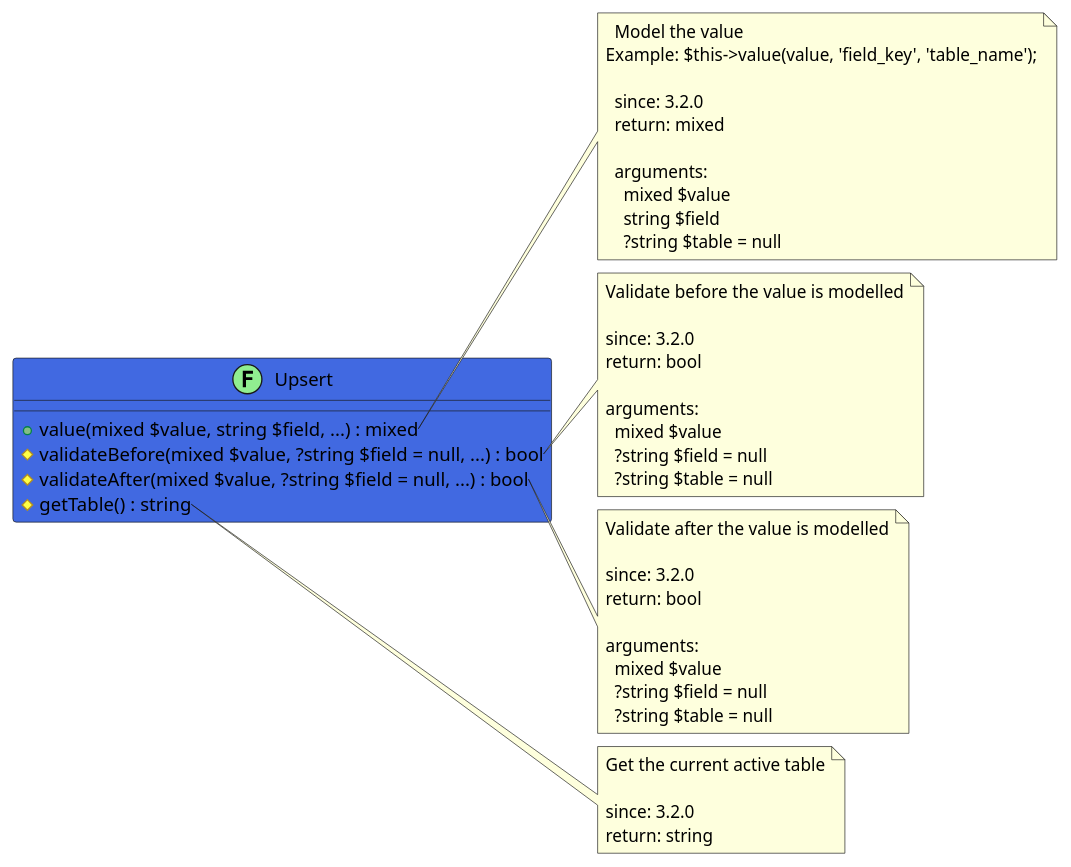
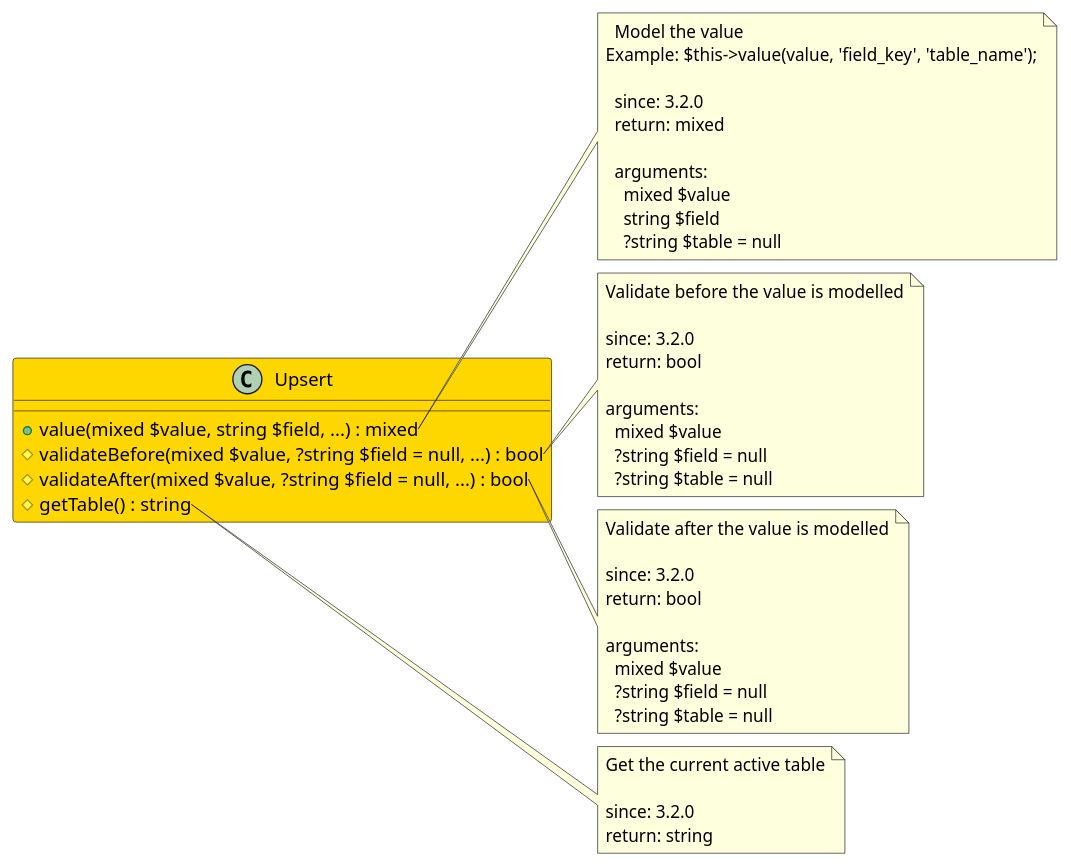
One commit to joomengine/jcb-compiler changed the diagram in src/7c1fb50f-8fb1-4627-8705-6fedf7182ca5/README.md. Above: the diagram before and after it, drawn with PlantUML. The commit also changed other lines of this file and 117 other files, not shown here.

````diff
--- a/src/7c1fb50f-8fb1-4627-8705-6fedf7182ca5/README.md
+++ b/src/7c1fb50f-8fb1-4627-8705-6fedf7182ca5/README.md
@@ -12,55 +12,55 @@
 ```uml
 @startuml
-class Upsert << (F,LightGreen) >> #RoyalBlue {
+class Upsert  #Gold {
   + value(mixed $value, string $field, ...) : mixed
   # validateBefore(mixed $value, ?string $field = null, ...) : bool
   # validateAfter(mixed $value, ?string $field = null, ...) : bool
   # getTable() : string
 }
 
 note right of Upsert::value
   Model the value
 Example: $this->value(value, 'field_key', 'table_name');
 
   since: 3.2.0
   return: mixed
   
   arguments:
     mixed $value
     string $field
     ?string $table = null
 end note
 
 note right of Upsert::validateBefore
   Validate before the value is modelled
 
   since: 3.2.0
   return: bool
   
   arguments:
     mixed $value
     ?string $field = null
     ?string $table = null
 end note
 
 note right of Upsert::validateAfter
   Validate after the value is modelled
 
   since: 3.2.0
   return: bool
   
   arguments:
     mixed $value
     ?string $field = null
     ?string $table = null
 end note
 
 note right of Upsert::getTable
   Get the current active table
 
   since: 3.2.0
   return: string
 end note
  
 @enduml
 ```
````
